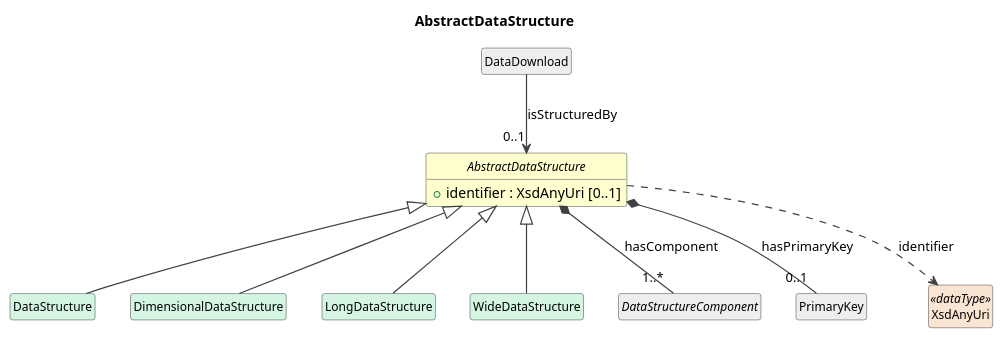
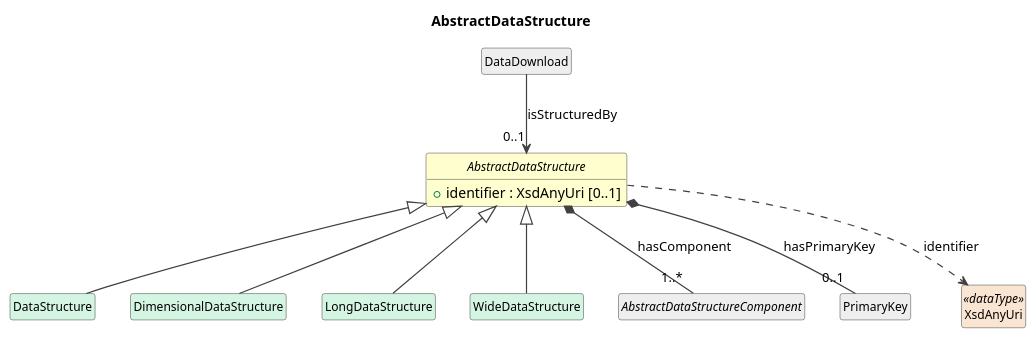
One commit to Cross-Domain-Interoperability-Framework/metadataBuildingBlocks changed the diagram in cdif-uml-model/_plantuml/cdifDataStructure/Classes/AbstractDataStructure.pu. Above: the diagram before and after it, drawn with PlantUML. The commit also changed 145 other files, not shown here.

First line of the commit message:
cdif-uml-model: regen for AbstractDataStructureComponent + 6 subtypes

```diff
--- a/cdif-uml-model/_plantuml/cdifDataStructure/Classes/AbstractDataStructure.pu
+++ b/cdif-uml-model/_plantuml/cdifDataStructure/Classes/AbstractDataStructure.pu
@@ -1,33 +1,33 @@
 @startuml
 title AbstractDataStructure
 hide circle
 hide empty members
 skinparam shadowing false
 skinparam ArrowThickness 1.2
 skinparam class {
   ArrowColor #404040
   BorderColor #404040
   FontSize 12
 }
 
 abstract class "AbstractDataStructure" as AbstractDataStructure #FEFECE {
   +identifier : XsdAnyUri [0..1]
 }
 class "DataStructure" as DataStructure #D5F5E3
 AbstractDataStructure <|-- DataStructure
 class "DimensionalDataStructure" as DimensionalDataStructure #D5F5E3
 AbstractDataStructure <|-- DimensionalDataStructure
 class "LongDataStructure" as LongDataStructure #D5F5E3
 AbstractDataStructure <|-- LongDataStructure
 class "WideDataStructure" as WideDataStructure #D5F5E3
 AbstractDataStructure <|-- WideDataStructure
 class "DataDownload" as DataDownload #EEEEEE
 DataDownload --> "0..1" AbstractDataStructure : isStructuredBy
-abstract class "DataStructureComponent" as DataStructureComponent #EEEEEE
-AbstractDataStructure *-- "1..*" DataStructureComponent : hasComponent
+abstract class "AbstractDataStructureComponent" as AbstractDataStructureComponent #EEEEEE
+AbstractDataStructure *-- "1..*" AbstractDataStructureComponent : hasComponent
 class "PrimaryKey" as PrimaryKey #EEEEEE
 AbstractDataStructure *-- "0..1" PrimaryKey : hasPrimaryKey
 class "XsdAnyUri" as XsdAnyUri <<dataType>> #FAE5D3
 AbstractDataStructure ..> XsdAnyUri : identifier
 
 @enduml
```
